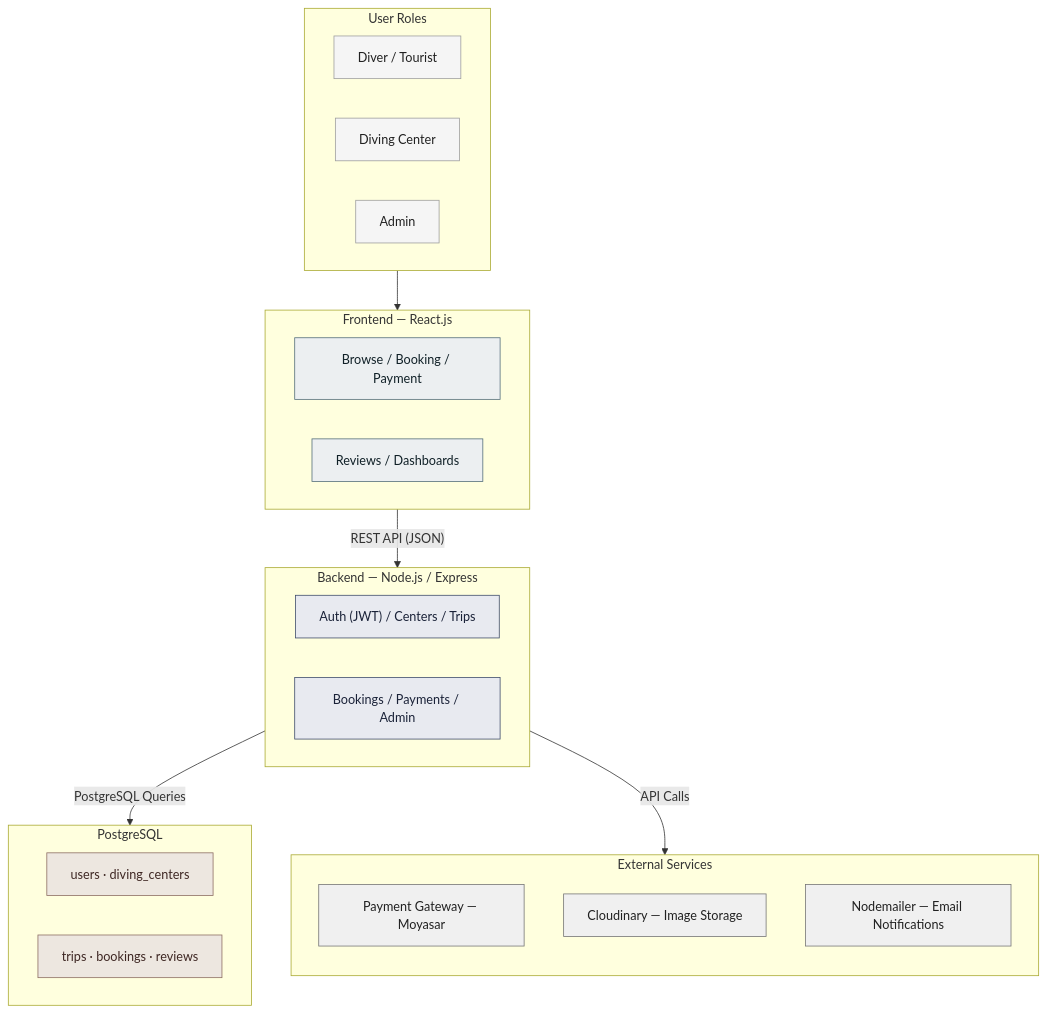
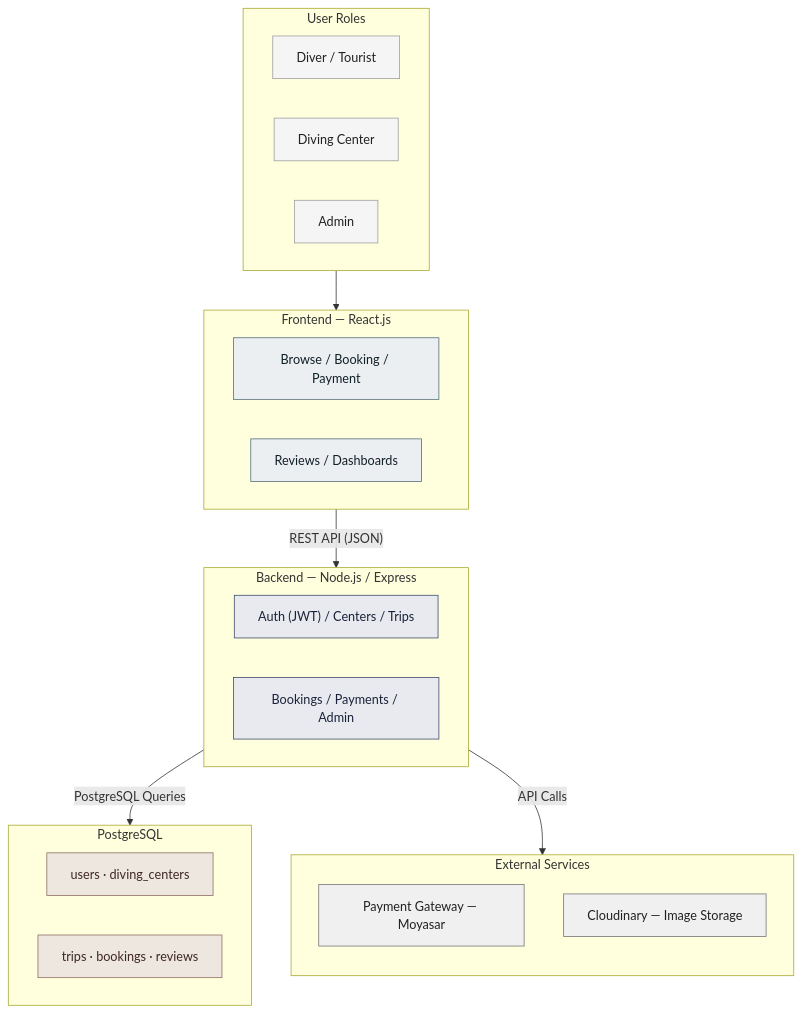
The diagram in Stage 3/README.md (laradreamer79/Portfolio-Project), drawn with Mermaid before and after one commit. The commit also changed other lines of this file, not shown here.

Commit message:
Remove Nodemailer entirely (out-of-scope per Stage 2), remove Task 2/4 cross-references

````diff
--- a/Stage 3/README.md
+++ b/Stage 3/README.md
@@ -26,53 +26,52 @@
 ```mermaid
 flowchart TB
     subgraph Roles[" User Roles "]
         direction LR
         U1["Diver / Tourist"]
         U2["Diving Center"]
         U3["Admin"]
     end
 
     Roles --> FE
 
     subgraph FE[" Frontend — React.js "]
         direction LR
         F1["Browse / Booking / Payment"]
         F2["Reviews / Dashboards"]
     end
 
     FE -- "REST API (JSON)" --> BE
 
     subgraph BE[" Backend — Node.js / Express "]
         direction LR
         B1["Auth (JWT) / Centers / Trips"]
         B2["Bookings / Payments / Admin"]
     end
 
     BE -- "PostgreSQL Queries" --> DB
     BE -- "API Calls" --> EXT
 
     subgraph DB[" PostgreSQL "]
         direction LR
         D1["users · diving_centers"]
         D2["trips · bookings · reviews"]
     end
 
     subgraph EXT[" External Services "]
         direction TB
         E1["Payment Gateway — Moyasar"]
         E2["Cloudinary — Image Storage"]
-        E3["Nodemailer — Email Notifications"]
     end
 
     classDef roles fill:#F5F5F5,stroke:#9E9E9E,stroke-width:1px,color:#212121
     classDef frontend fill:#ECEFF1,stroke:#546E7A,stroke-width:1px,color:#102027
     classDef backend fill:#E8EAF0,stroke:#3F4C6B,stroke-width:1px,color:#1A2238
     classDef database fill:#EDE7E0,stroke:#8D6E63,stroke-width:1px,color:#3E2723
     classDef external fill:#F0F0F0,stroke:#757575,stroke-width:1px,color:#212121
 
     class U1,U2,U3 roles
     class F1,F2 frontend
     class B1,B2 backend
     class D1,D2 database
-    class E1,E2,E3 external
+    class E1,E2 external
 ```
````
